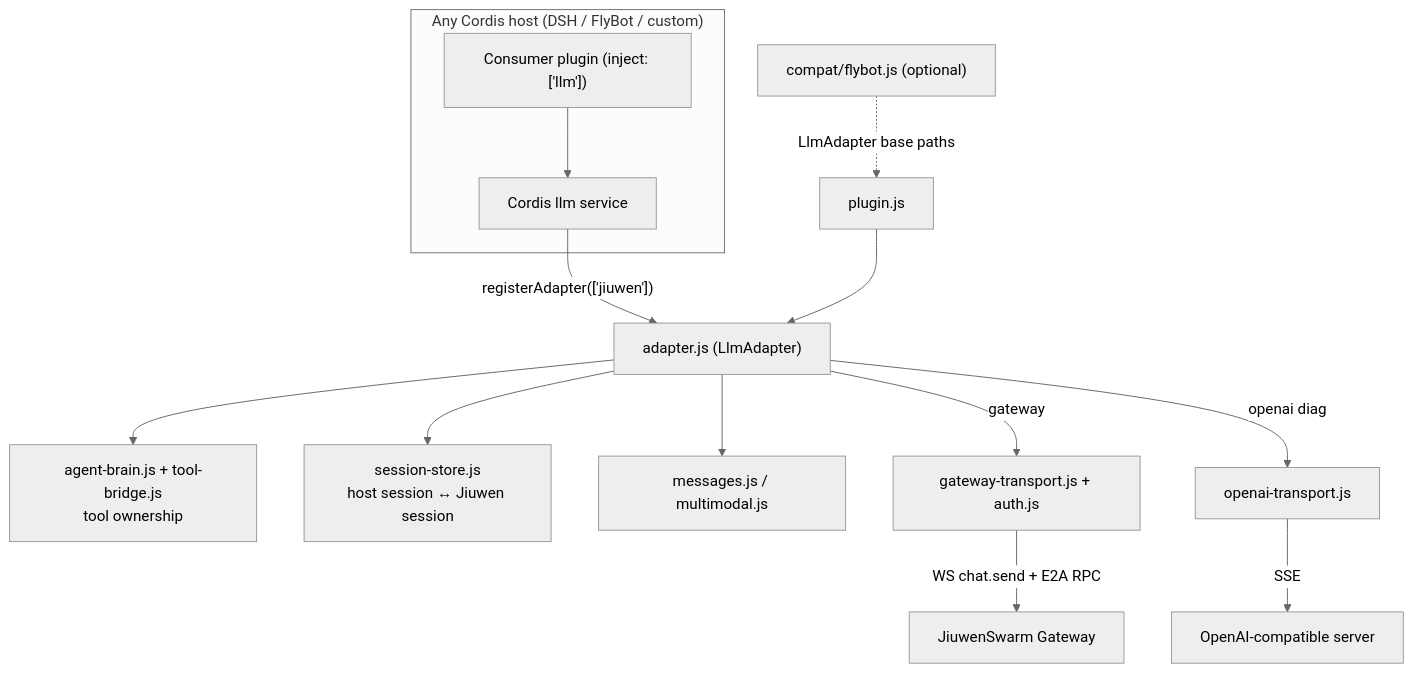
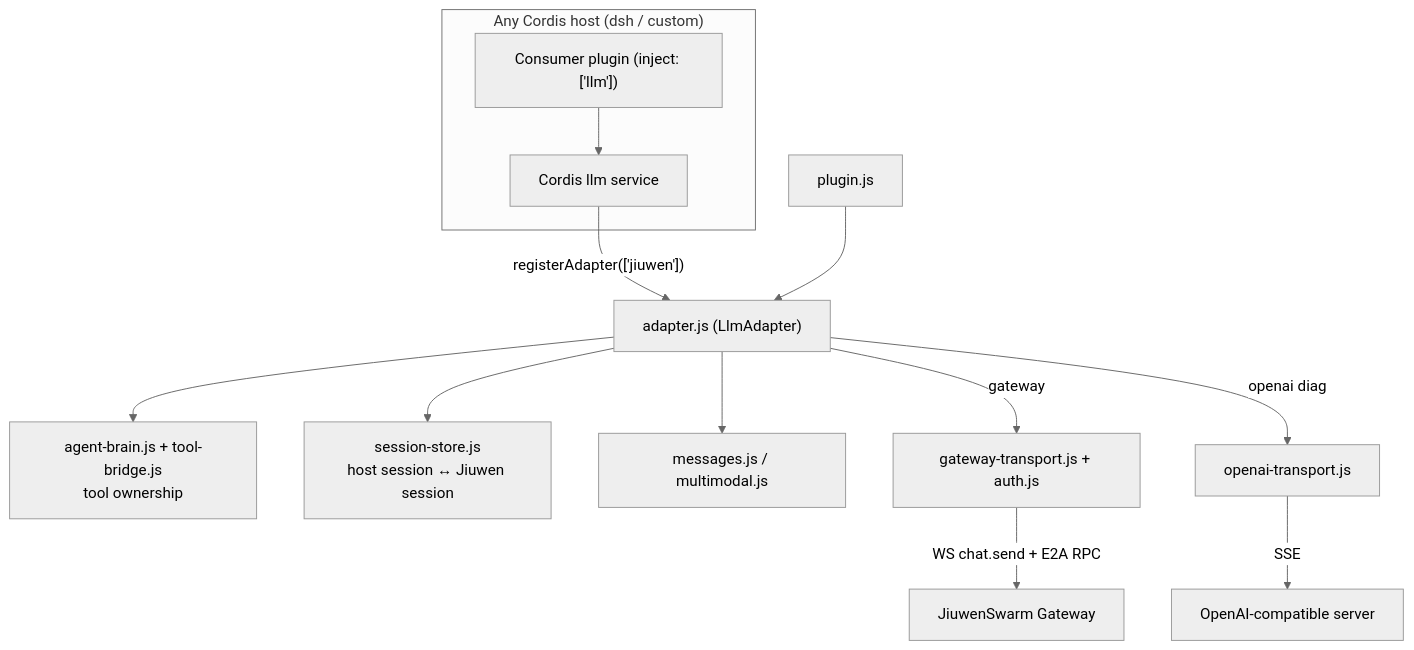
One commit to Birfy/dsh-jiuwen-adapter changed the first of 2 diagrams in ARCHITECTURE.md. Above: the diagram before and after it, drawn with Mermaid (neutral theme). The commit also changed other lines of this file and 10 other files, not shown here.

Commit message:
docs: add Quickstart (zh/en + docs/quickstart.md, verified fresh); remove all FlyBot mentions

````diff
--- a/ARCHITECTURE.md
+++ b/ARCHITECTURE.md
@@ -19,16 +19,15 @@
 ```mermaid
 flowchart TB
-  subgraph Host["Any Cordis host (DSH / FlyBot / custom)"]
+  subgraph Host["Any Cordis host (dsh / custom)"]
     PL["Consumer plugin (inject: ['llm'])"] --> LLM["Cordis llm service"]
   end
   LLM -->|"registerAdapter(['jiuwen'])"| AD["adapter.js (LlmAdapter)"]
   AD --> AB["agent-brain.js + tool-bridge.js<br/>tool ownership"]
   AD --> SS["session-store.js<br/>host session ↔ Jiuwen session"]
   AD --> MM["messages.js / multimodal.js"]
   AD -->|gateway| GT["gateway-transport.js + auth.js"]
   AD -->|openai diag| OT["openai-transport.js"]
   GT -->|"WS chat.send + E2A RPC"| GW["JiuwenSwarm Gateway"]
   OT -->|SSE| OA["OpenAI-compatible server"]
-  CP["compat/flybot.js (optional)"] -.->|"LlmAdapter base paths"| PLG["plugin.js"]
-  PLG --> AD
+  PLG["plugin.js"] --> AD
 ```
````
